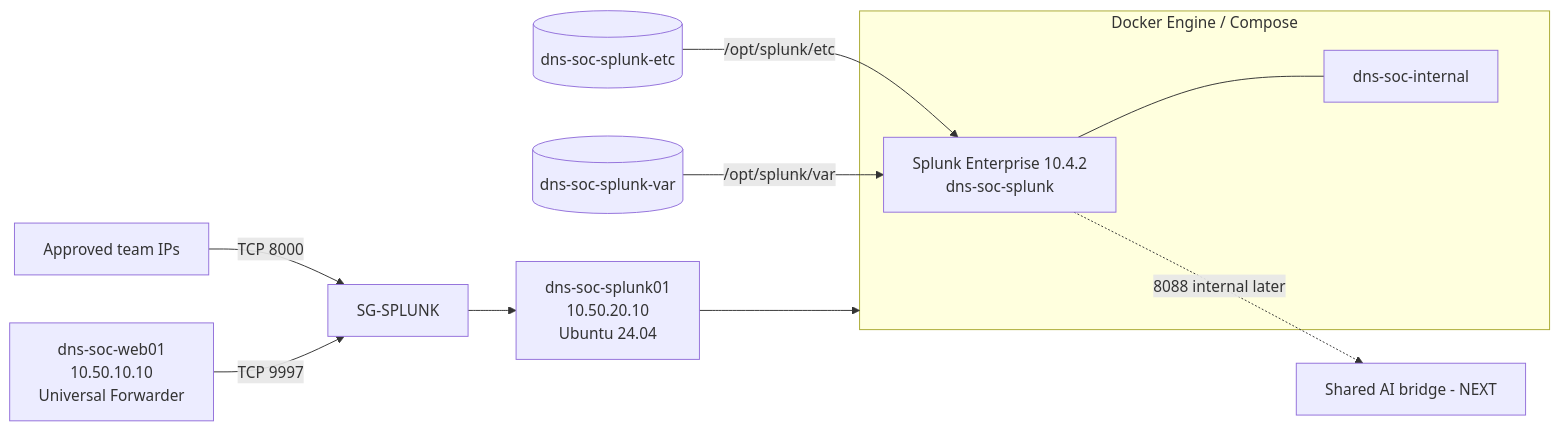
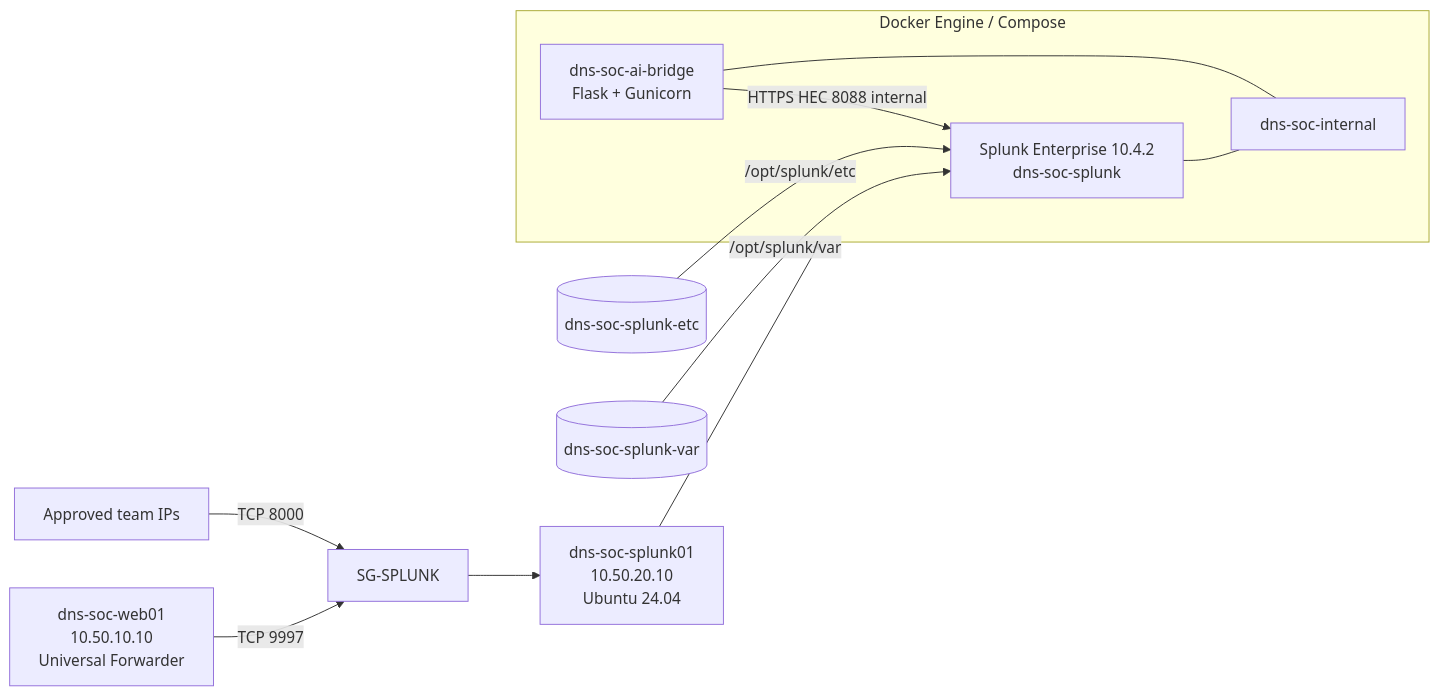
One commit to DNS-SOC-Lab/DNS-Lab-Infrastructure changed the diagram in 03-splunk-build/README.md. Above: the diagram before and after it, drawn with Mermaid. The commit also changed other lines of this file and 3 other files, not shown here.

````diff
--- a/03-splunk-build/README.md
+++ b/03-splunk-build/README.md
@@ -51,18 +51,19 @@
 ```mermaid
 flowchart LR
     Team[Approved team IPs] -->|TCP 8000| SG[SG-SPLUNK]
     Web[dns-soc-web01<br/>10.50.10.10<br/>Universal Forwarder] -->|TCP 9997| SG
     SG --> Host[dns-soc-splunk01<br/>10.50.20.10<br/>Ubuntu 24.04]
 
     subgraph Docker[Docker Engine / Compose]
         Splunk[Splunk Enterprise 10.4.2<br/>dns-soc-splunk]
+        AI[dns-soc-ai-bridge<br/>Flask + Gunicorn]
         Net[dns-soc-internal]
         Splunk --- Net
+        AI --- Net
+        AI -->|HTTPS HEC 8088 internal| Splunk
     end
 
     Host --> Docker
     Etc[(dns-soc-splunk-etc)] -->|/opt/splunk/etc| Splunk
     Var[(dns-soc-splunk-var)] -->|/opt/splunk/var| Splunk
-
-    Splunk -. 8088 internal later .-> AI[Shared AI bridge - NEXT]
 ```
````
